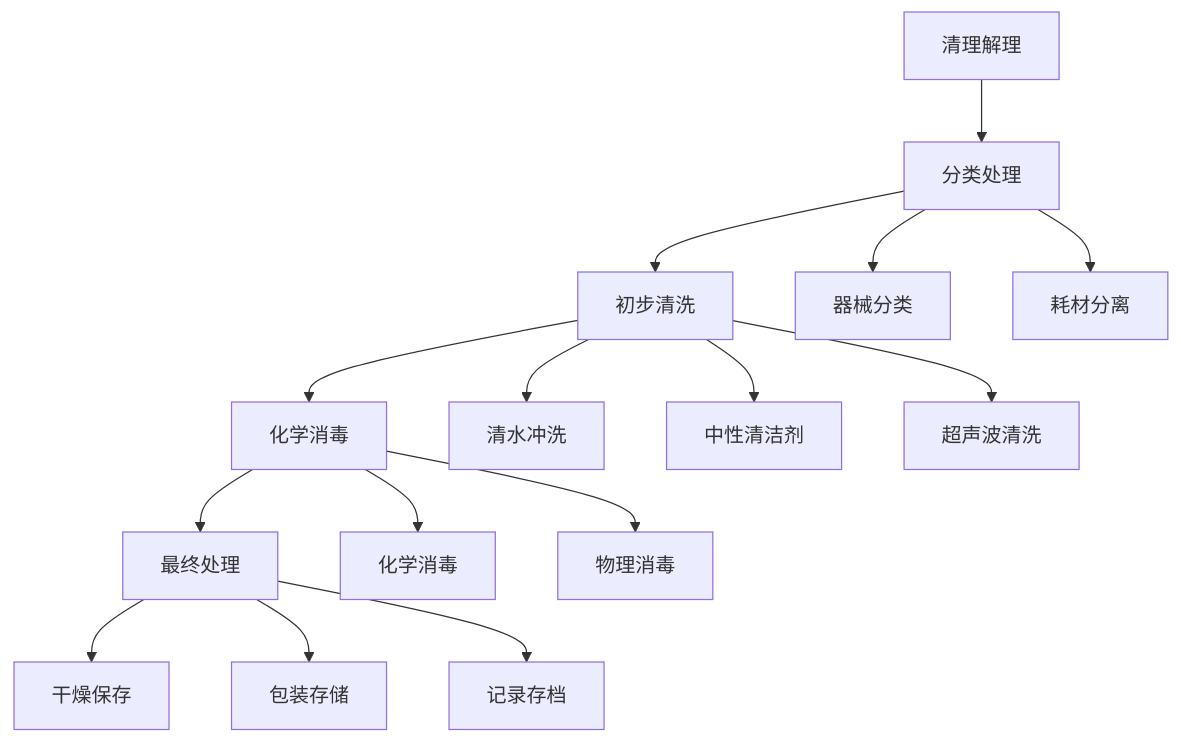
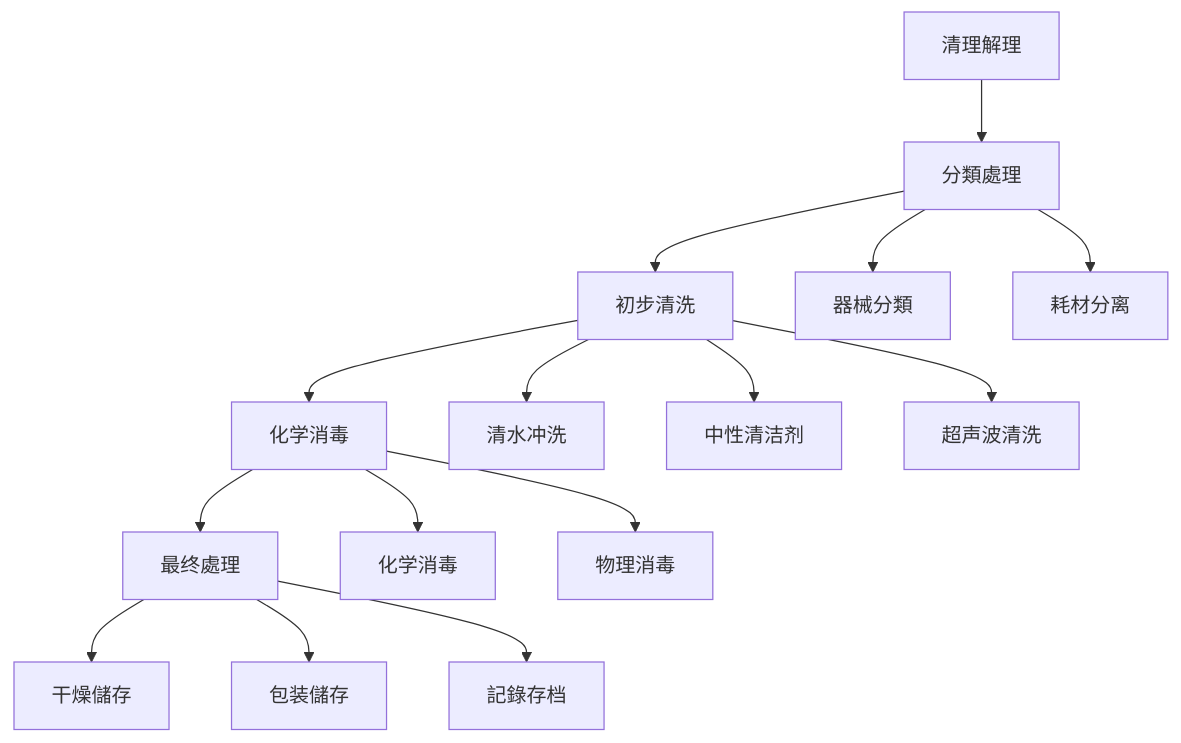
Before and after one commit to kmjade/knowledge-value: the second of 2 diagrams in 3 Resources/01-Tech/🏥 专业知识/耳穴知识库/06_安全规范/安全操作规范.md, drawn with Mermaid. The commit also changed other lines of this file and 653 other files, not shown here.

````diff
--- a/3 Resources/01-Tech/🏥 专业知识/耳穴知识库/06_安全规范/安全操作规范.md
+++ b/3 Resources/01-Tech/🏥 专业知识/耳穴知识库/06_安全规范/安全操作规范.md
@@ -280,21 +280,21 @@
 ```mermaid
 graph TD
-    A[清理解理] --> B[分类处理]
+    A[清理解理] --> B[分類處理]
     B --> C[初步清洗]
     C --> D[化学消毒]
-    D --> E[最终处理]
+    D --> E[最终處理]
     
-    B --> B1[器械分类]
+    B --> B1[器械分類]
     B --> B2[耗材分离]
     
     C --> C1[清水冲洗]
     C --> C2[中性清洁剂]
     C --> C3[超声波清洗]
     
     D --> D1[化学消毒]
     D --> D2[物理消毒]
     
-    E --> E1[干燥保存]
-    E --> E2[包装存储]
-    E --> E3[记录存档]
+    E --> E1[干燥儲存]
+    E --> E2[包装儲存]
+    E --> E3[記錄存档]
 ```
````
